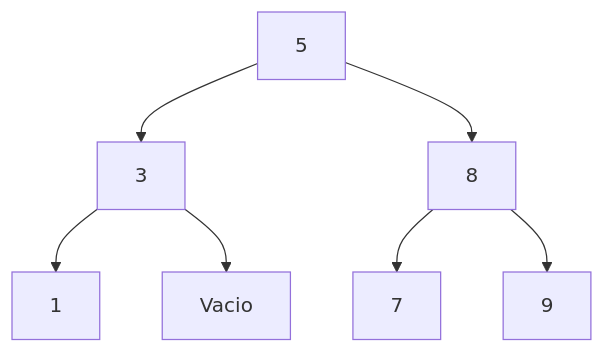
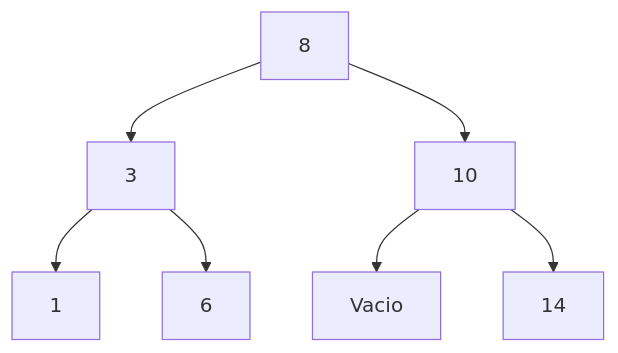
One commit to mariferbarrios6556/Estructura-Discretas changed the first of 5 diagrams in estructuras-discretas/practica6/README.md. Above: the diagram before and after it, drawn with Mermaid. The commit also changed other lines of this file, not shown here.

````diff
--- a/estructuras-discretas/practica6/README.md
+++ b/estructuras-discretas/practica6/README.md
@@ -21,9 +17,9 @@
 ```mermaid
 graph TB
-A[5] --> B[3]
-A --> C[8]
+A[8] --> B[3]
+A --> C[10]
 B --> D[1]
-B --> E[Vacio]
-C --> F[7]
-C --> G[9]
+B --> E[6]
+C --> F[Vacio]
+C --> G[14]
 ```
````
